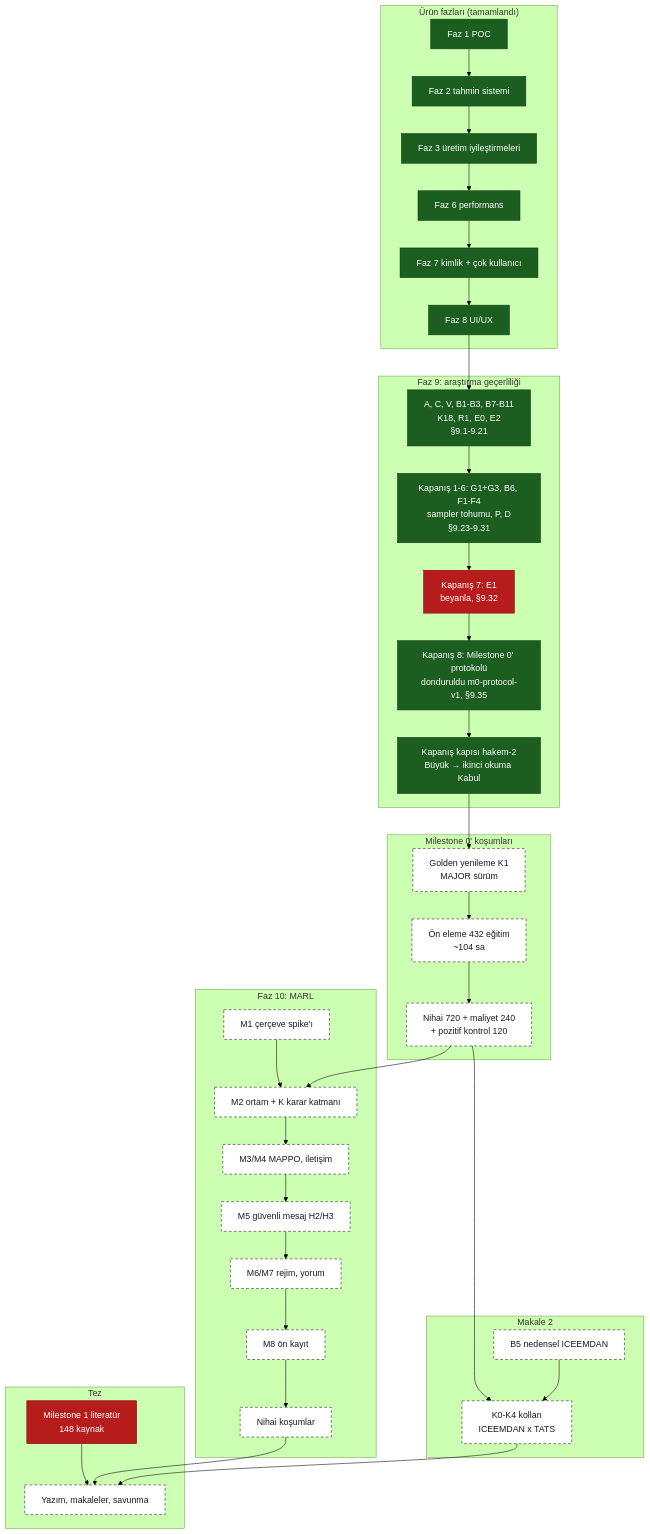
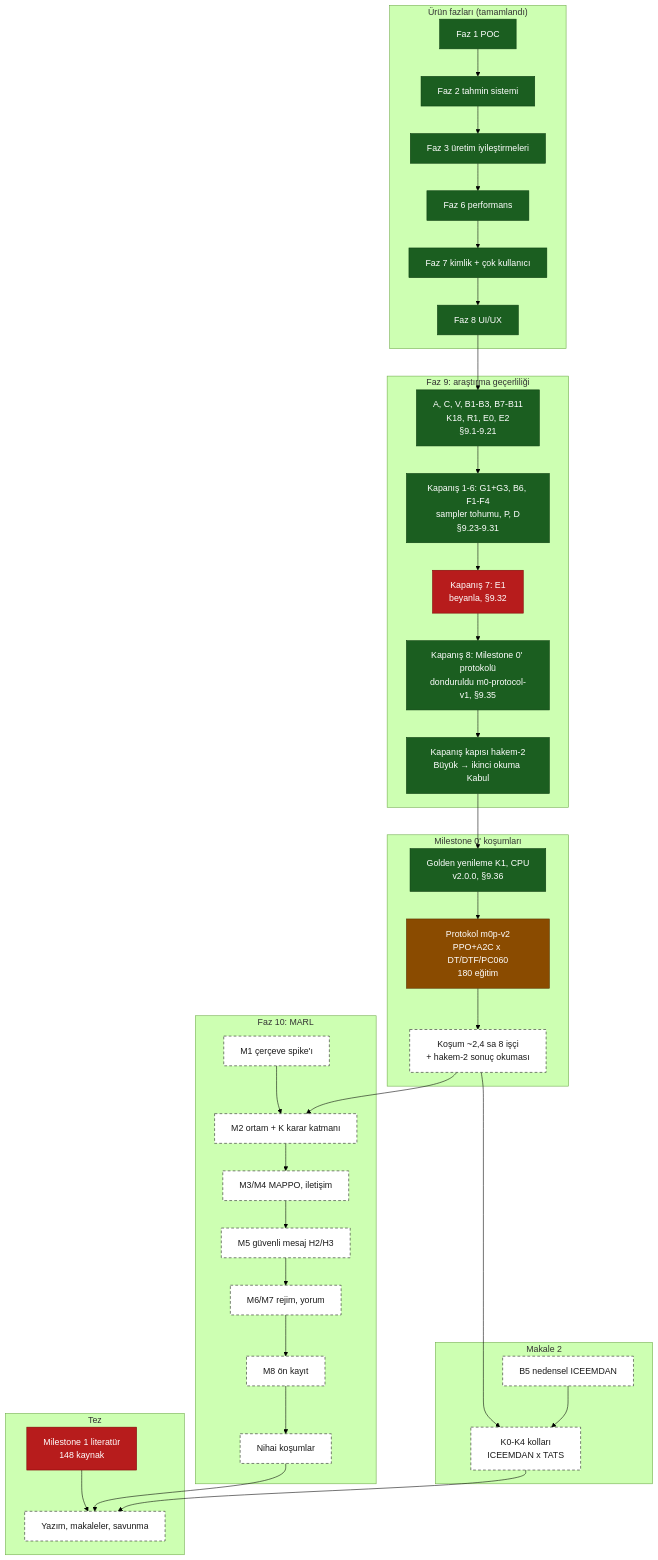
The second of 2 diagrams in docs/development/system-map.md (softdevcan/RL-Trading-Project), drawn with Mermaid (forest theme) before and after one commit. The commit also changed other lines of this file and 2 other files, not shown here.

First line of the commit message:
docs: plan §9.36 (golden CPU, Faz 10 kararlari, m0p-v2) + sistem haritasi; fix: isci defteri birlestirmesi

````diff
--- a/docs/development/system-map.md
+++ b/docs/development/system-map.md
@@ -112,61 +112,61 @@
 ```mermaid
 flowchart TB
   classDef done fill:#1b5e20,stroke:#0b3d10,color:#ffffff
   classDef partial fill:#b71c1c,stroke:#7f0000,color:#ffffff
   classDef active fill:#8a4b00,stroke:#5a3000,color:#ffffff
   classDef decision fill:#4a148c,stroke:#2a0060,color:#ffffff
   classDef planned fill:#ffffff,stroke:#1a1a1a,stroke-dasharray:5 4,color:#1a1a1a
 
   subgraph URUN["Ürün fazları (tamamlandı)"]
     F1["Faz 1 POC"]:::done
     F2["Faz 2 tahmin sistemi"]:::done
     F3["Faz 3 üretim iyileştirmeleri"]:::done
     F6["Faz 6 performans"]:::done
     F7["Faz 7 kimlik + çok kullanıcı"]:::done
     F8["Faz 8 UI/UX"]:::done
   end
 
   subgraph F9["Faz 9: araştırma geçerliliği"]
     P9A["A, C, V, B1-B3, B7-B11<br/>K18, R1, E0, E2<br/>§9.1-9.21"]:::done
     P9B["Kapanış 1-6: G1+G3, B6, F1-F4<br/>sampler tohumu, P, D<br/>§9.23-9.31"]:::done
     P9E["Kapanış 7: E1<br/>beyanla, §9.32"]:::partial
     P9M["Kapanış 8: Milestone 0' protokolü<br/>donduruldu m0-protocol-v1, §9.35"]:::done
     H2["Kapanış kapısı hakem-2<br/>Büyük → ikinci okuma Kabul"]:::done
   end
 
   subgraph M0["Milestone 0' koşumları"]
-    GOLD["Golden yenileme K1<br/>MAJOR sürüm"]:::planned
-    PRE["Ön eleme 432 eğitim<br/>~104 sa"]:::planned
-    FIN["Nihai 720 + maliyet 240<br/>+ pozitif kontrol 120"]:::planned
+    GOLD["Golden yenileme K1, CPU<br/>v2.0.0, §9.36"]:::done
+    PRE["Protokol m0p-v2<br/>PPO+A2C x DT/DTF/PC060<br/>180 eğitim"]:::active
+    FIN["Koşum ~2,4 sa 8 işçi<br/>+ hakem-2 sonuç okuması"]:::planned
   end
 
   subgraph M2P["Makale 2"]
     B5["B5 nedensel ICEEMDAN"]:::planned
     K0K4["K0-K4 kolları<br/>ICEEMDAN x TATS"]:::planned
   end
 
   subgraph F10["Faz 10: MARL"]
     M1["M1 çerçeve spike'ı"]:::planned
     M2["M2 ortam + K karar katmanı"]:::planned
     M34["M3/M4 MAPPO, iletişim"]:::planned
     M5["M5 güvenli mesaj H2/H3"]:::planned
     M67["M6/M7 rejim, yorum"]:::planned
     M8["M8 ön kayıt"]:::planned
     FINAL["Nihai koşumlar"]:::planned
   end
 
   subgraph TEZ["Tez"]
     T1["Milestone 1 literatür<br/>148 kaynak"]:::partial
     T4["Yazım, makaleler, savunma"]:::planned
   end
 
   F1 --> F2 --> F3 --> F6 --> F7 --> F8 --> P9A --> P9B --> P9E --> P9M --> H2
   H2 --> GOLD --> PRE --> FIN
   FIN --> K0K4
   B5 --> K0K4
   M1 --> M2
   FIN --> M2 --> M34 --> M5 --> M67 --> M8 --> FINAL
   T1 --> T4
   FINAL --> T4
   K0K4 --> T4
 ```
````
